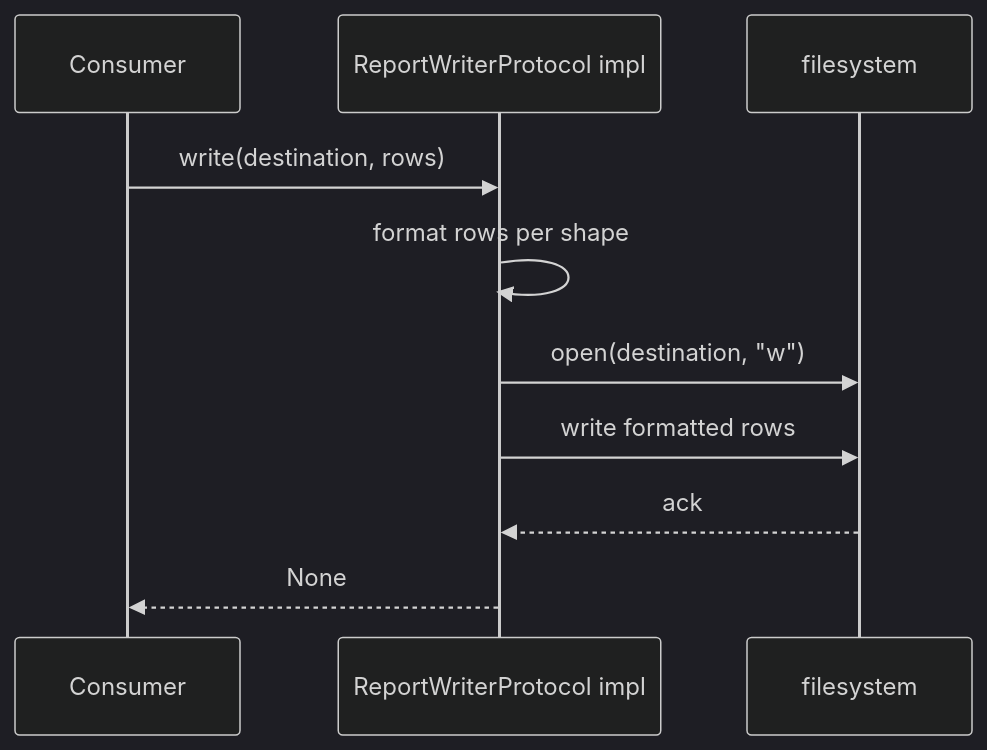
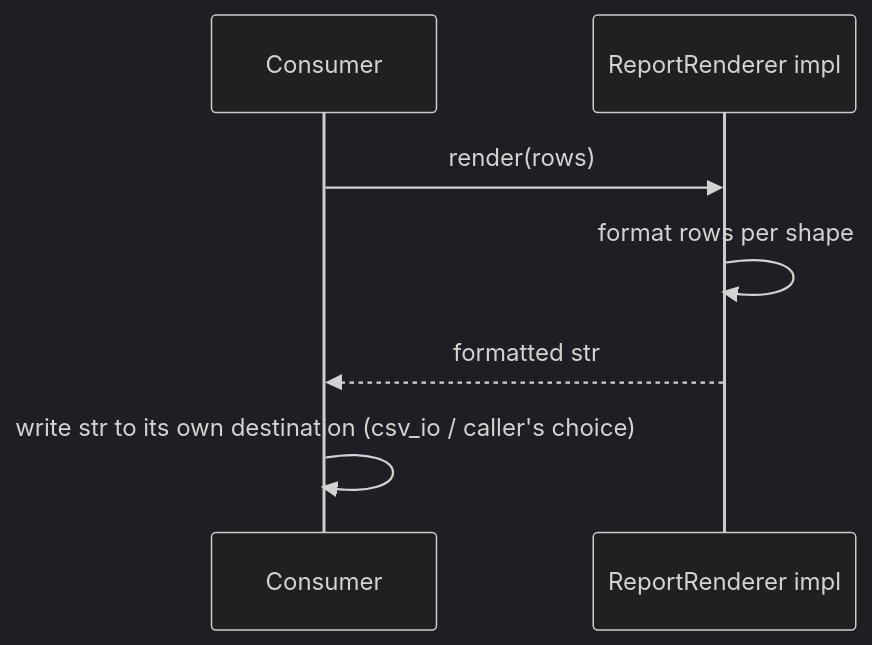
One commit to abhadrasyna/ih-trace-lab changed the third of 4 diagrams in docs/plan/src-lib-migration/report-render-lib-migration/stories.md. Above: the diagram before and after it, drawn with Mermaid (dark theme). The commit also changed other lines of this file and 3 other files, not shown here.

First line of the commit message:
feat(report_render): add Strategy-based report renderers

````diff
--- a/docs/plan/src-lib-migration/report-render-lib-migration/stories.md
+++ b/docs/plan/src-lib-migration/report-render-lib-migration/stories.md
@@ -85,12 +97,9 @@
 ```mermaid
 sequenceDiagram
     participant Consumer
-    participant Writer as ReportWriterProtocol impl
-    participant FS as filesystem
-    Consumer->>Writer: write(destination, rows)
+    participant Writer as ReportRenderer impl
+    Consumer->>Writer: render(rows)
     Writer->>Writer: format rows per shape
-    Writer->>FS: open(destination, "w")
-    Writer->>FS: write formatted rows
-    FS-->>Writer: ack
-    Writer-->>Consumer: None
+    Writer-->>Consumer: formatted str
+    Consumer->>Consumer: write str to its own destination (csv_io / caller's choice)
 ```
````
